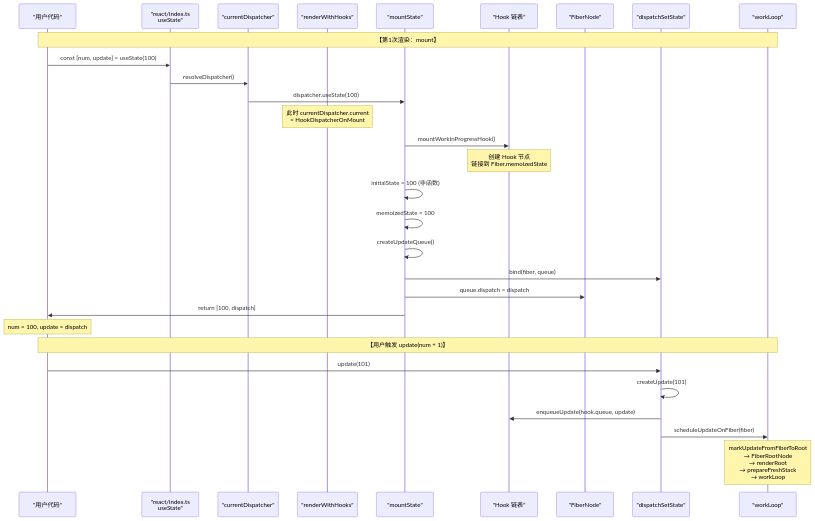
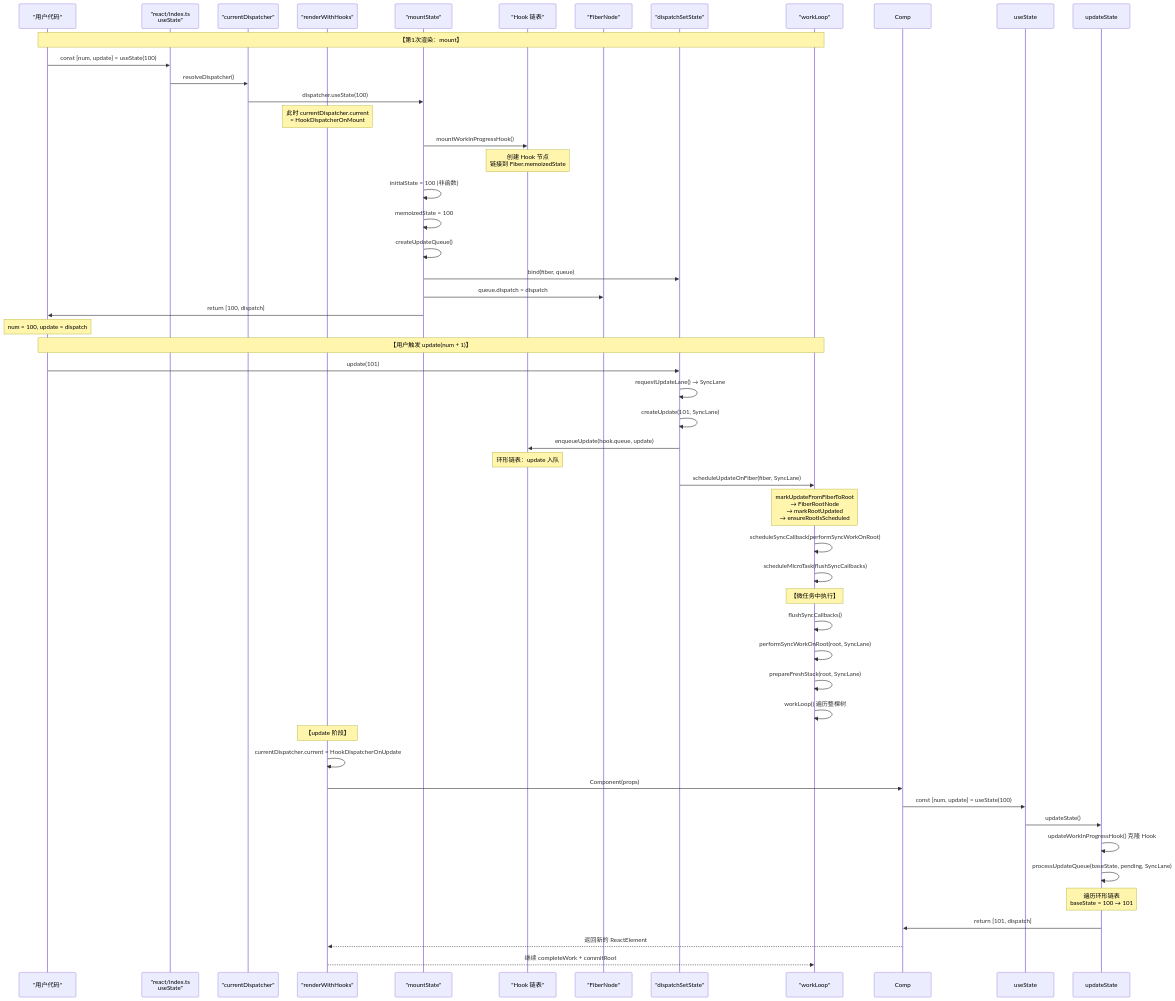
The seventh of 8 diagrams in docs/useState运作流程全解.md (SecondDragon/big-react), drawn with Mermaid before and after one commit. The commit also changed other lines of this file and 16 other files, not shown here.

````diff
--- a/docs/useState运作流程全解.md
+++ b/docs/useState运作流程全解.md
@@ -620,40 +867,63 @@
 ```mermaid
 sequenceDiagram
     participant UserCode as "用户代码"
     participant React as "react/index.ts<br/>useState"
     participant dispatcher as "currentDispatcher"
     participant RWH as "renderWithHooks"
     participant mountState as "mountState"
     participant Hook as "Hook 链表"
     participant Fiber as "FiberNode"
     participant updateFn as "dispatchSetState"
     participant workLoop as "workLoop"
 
     Note over UserCode,workLoop: 【第1次渲染：mount】
 
     UserCode ->> React: const [num, update] = useState(100)
     React ->> dispatcher: resolveDispatcher()
     dispatcher ->> mountState: dispatcher.useState(100)
     Note over RWH: 此时 currentDispatcher.current<br/>= HookDispatcherOnMount
 
     mountState ->> Hook: mountWorkInProgressHook()
     Note over Hook: 创建 Hook 节点<br/>链接到 Fiber.memoizedState
 
     mountState ->> mountState: initialState = 100 (非函数)
     mountState ->> mountState: memoizedState = 100
     mountState ->> mountState: createUpdateQueue()
     mountState ->> updateFn: bind(fiber, queue)
     mountState ->> Fiber: queue.dispatch = dispatch
     mountState ->> UserCode: return [100, dispatch]
 
     Note over UserCode: num = 100, update = dispatch
 
     Note over UserCode,workLoop: 【用户触发 update(num + 1)】
 
     UserCode ->> updateFn: update(101)
-    updateFn ->> updateFn: createUpdate(101)
+    updateFn ->> updateFn: requestUpdateLane() → SyncLane
+    updateFn ->> updateFn: createUpdate(101, SyncLane)
     updateFn ->> Hook: enqueueUpdate(hook.queue, update)
-    updateFn ->> workLoop: scheduleUpdateOnFiber(fiber)
+    Note over Hook: 环形链表：update 入队
 
-    Note over workLoop: markUpdateFromFiberToRoot<br/>→ FiberRootNode<br/>→ renderRoot<br/>→ prepareFreshStack<br/>→ workLoop
+    updateFn ->> workLoop: scheduleUpdateOnFiber(fiber, SyncLane)
+    Note over workLoop: markUpdateFromFiberToRoot<br/>→ FiberRootNode<br/>→ markRootUpdated<br/>→ ensureRootIsScheduled
+
+    workLoop ->> workLoop: scheduleSyncCallback(performSyncWorkOnRoot)
+    workLoop ->> workLoop: scheduleMicroTask(flushSyncCallbacks)
+
+    Note over workLoop: 【微任务中执行】
+    workLoop ->> workLoop: flushSyncCallbacks()
+    workLoop ->> workLoop: performSyncWorkOnRoot(root, SyncLane)
+    workLoop ->> workLoop: prepareFreshStack(root, SyncLane)
+    workLoop ->> workLoop: workLoop() 遍历整棵树
+
+    Note over RWH: 【update 阶段】
+    RWH ->> RWH: currentDispatcher.current = HookDispatcherOnUpdate
+    RWH ->> Comp: Component(props)
+    Comp ->> useState: const [num, update] = useState(100)
+    useState ->> updateState: updateState()
+    updateState ->> updateState: updateWorkInProgressHook() 克隆 Hook
+    updateState ->> updateState: processUpdateQueue(baseState, pending, SyncLane)
+    Note over updateState: 遍历环形链表<br/>baseState = 100 → 101
+    updateState ->> Comp: return [101, dispatch]
+    Comp -->> RWH: 返回新的 ReactElement
+    RWH -->> workLoop: 继续 completeWork + commitRoot
 ```
````
